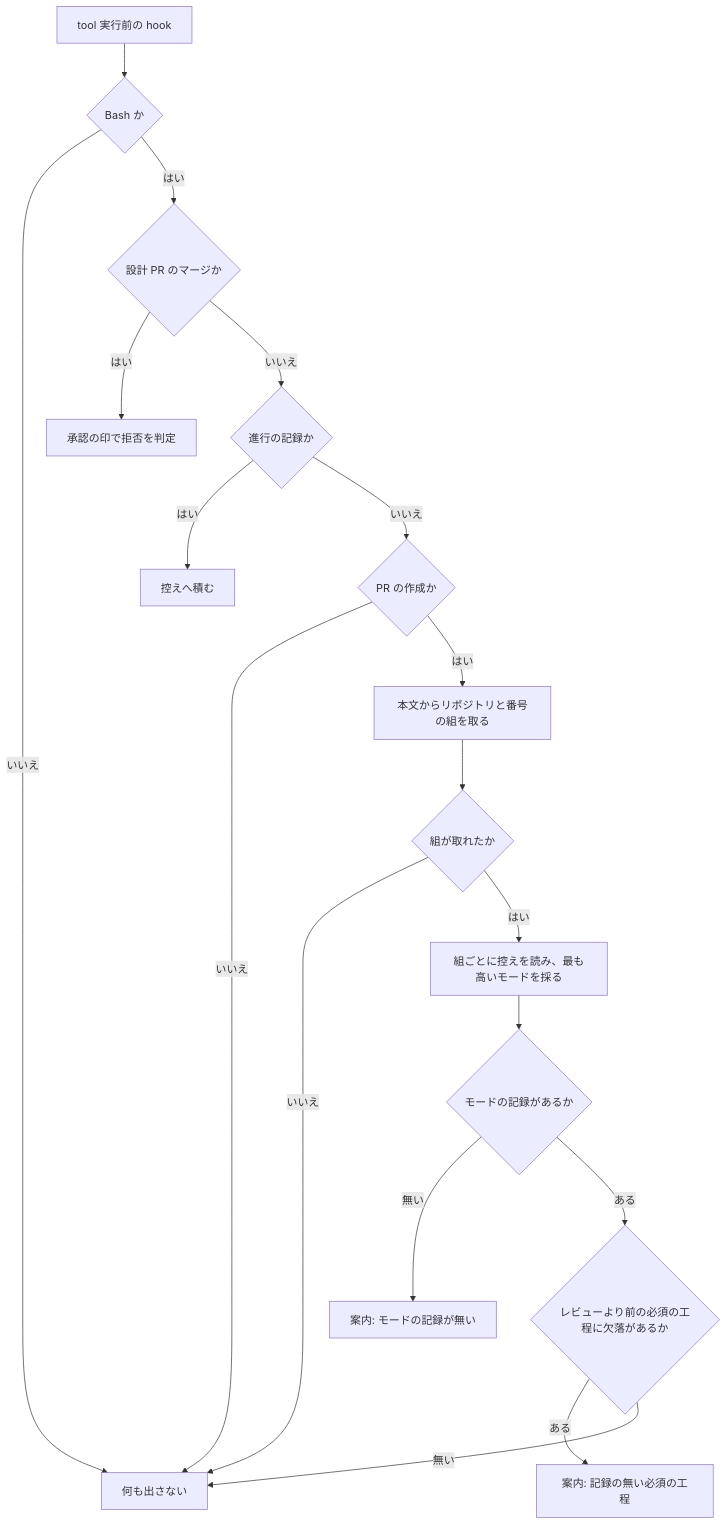
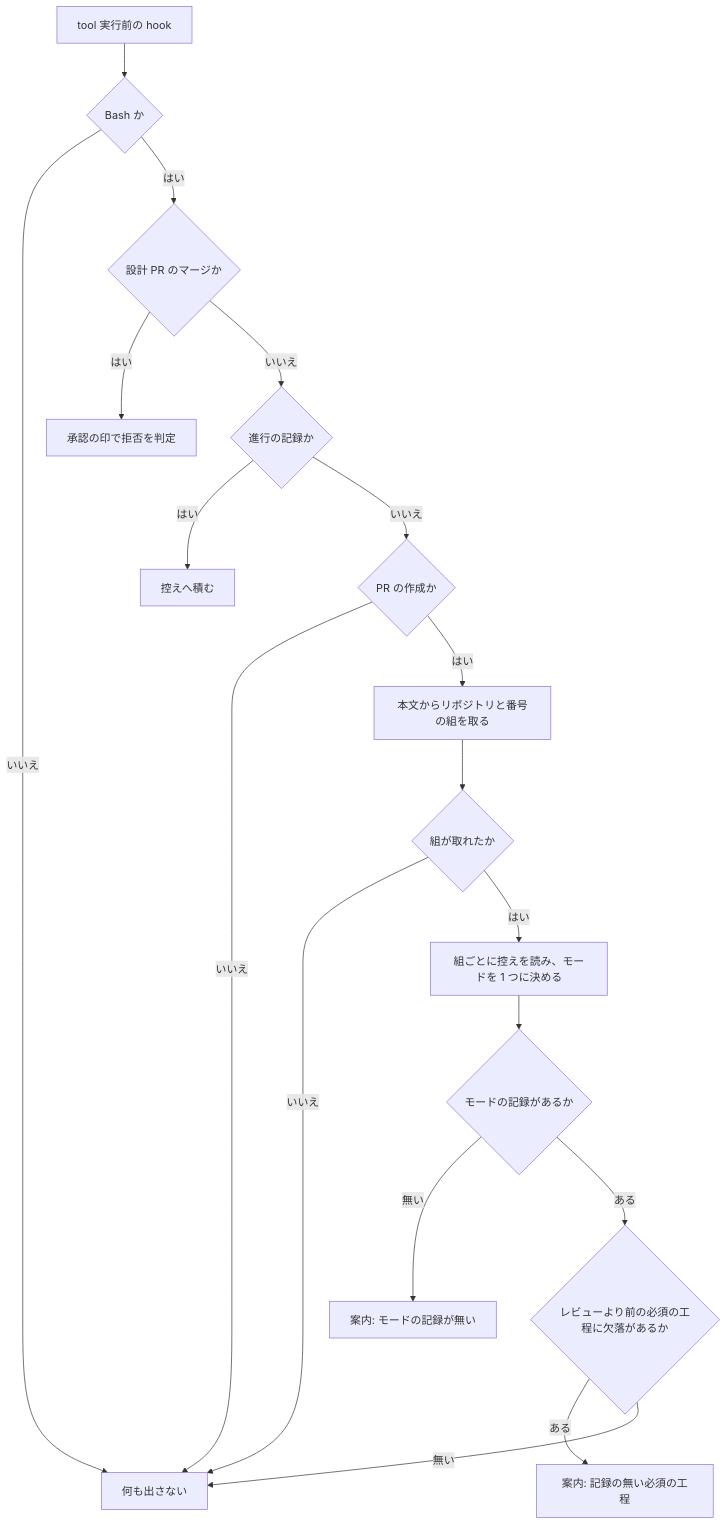
Before and after one commit to devbasex/ai-plugins: the diagram in issues/issue-418-417-workflow-gate.md, drawn with Mermaid. The commit also changed other lines of this file, not shown here.

````diff
--- a/issues/issue-418-417-workflow-gate.md
+++ b/issues/issue-418-417-workflow-gate.md
@@ -210,20 +212,20 @@
 ```mermaid
 flowchart TD
     A[tool 実行前の hook] --> B{Bash か}
     B -->|いいえ| Z[何も出さない]
     B -->|はい| C{設計 PR のマージか}
     C -->|はい| D[承認の印で拒否を判定]
     C -->|いいえ| E{進行の記録か}
     E -->|はい| F[控えへ積む]
     E -->|いいえ| G{PR の作成か}
     G -->|いいえ| Z
     G -->|はい| H[本文からリポジトリと番号の組を取る]
     H --> I{組が取れたか}
     I -->|いいえ| Z
-    I -->|はい| J[組ごとに控えを読み、最も高いモードを採る]
+    I -->|はい| J[組ごとに控えを読み、モードを 1 つに決める]
     J --> K{モードの記録があるか}
     K -->|無い| L[案内: モードの記録が無い]
     K -->|ある| M{レビューより前の必須の工程に欠落があるか}
     M -->|ある| N[案内: 記録の無い必須の工程]
     M -->|無い| Z
 ```
````
